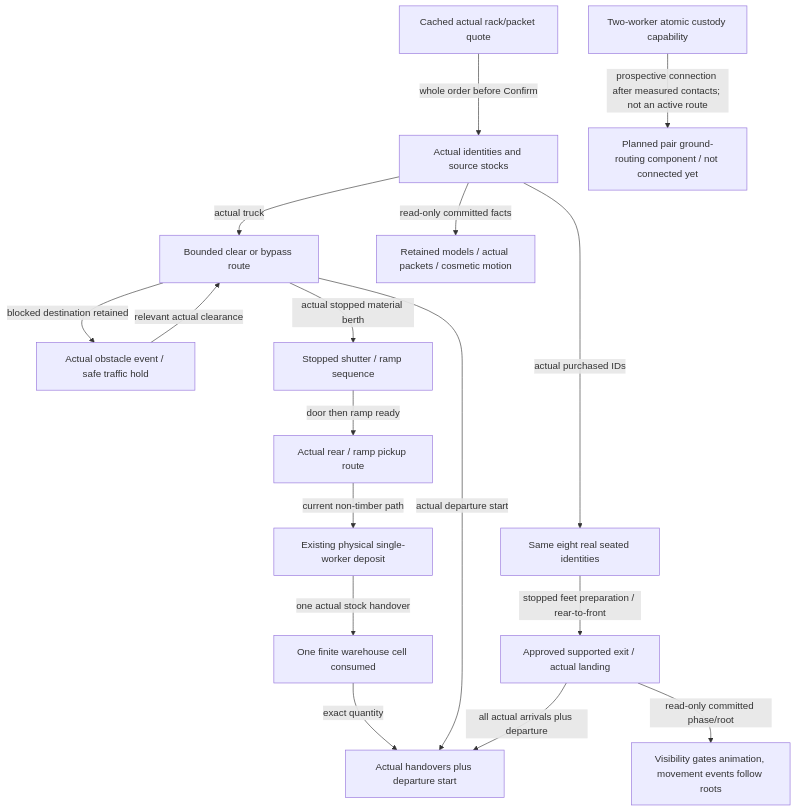
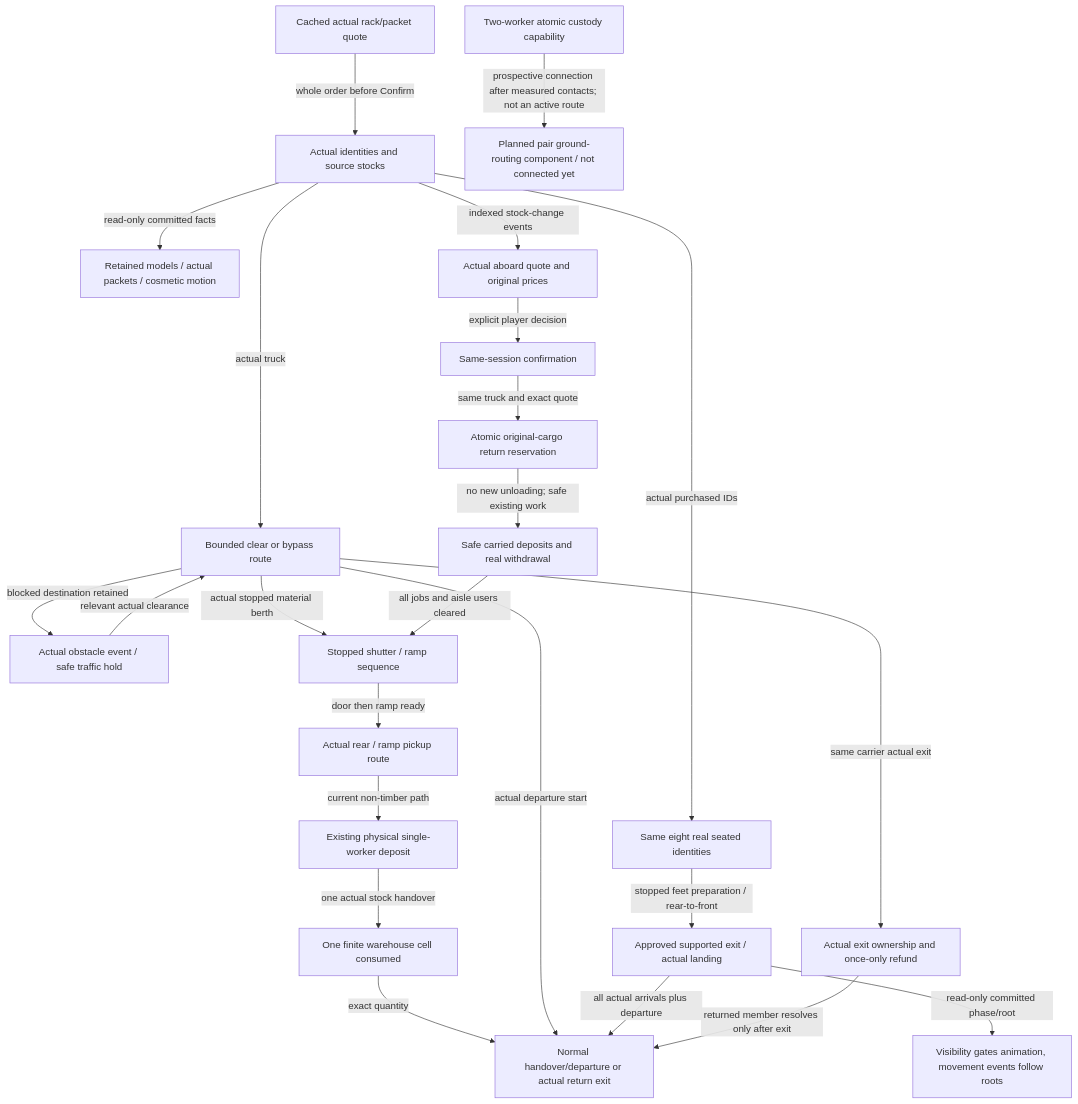
Before and after one commit to TheInfinityIQ/Trencho_V4: diagram 52 of 52 in docs/system_atlas.md, drawn with Mermaid. The commit also changed other lines of this file and 8 other files, not shown here.

Commit message:
Map cargo return ownership, worker withdrawal and delivery controls

````diff
--- a/docs/system_atlas.md
+++ b/docs/system_atlas.md
@@ -1684,34 +1684,46 @@
 ```mermaid
 flowchart TD
     quote["Cached actual rack/packet quote"]
     dispatch["Actual identities and source stocks"]
     road["Bounded clear or bypass route"]
     hold["Actual obstacle event / safe traffic hold"]
     mechanism["Stopped shutter / ramp sequence"]
     access["Actual rear / ramp pickup route"]
     carry["Existing physical single-worker deposit"]
     pair["Two-worker atomic custody capability"]
     deposit["One finite warehouse cell consumed"]
-    gate["Actual handovers plus departure start"]
+    gate["Normal handover/departure or actual return exit"]
     view["Retained models / actual packets / cosmetic motion"]
     seats["Same eight real seated identities"]
     exit["Approved supported exit / actual landing"]
     passenger_view["Visibility gates animation, movement events follow roots"]
     ground_capability["Planned pair ground-routing component / not connected yet"]
+    return_quote["Actual aboard quote and original prices"]
+    return_confirm["Same-session confirmation"]
+    return_lock["Atomic original-cargo return reservation"]
+    return_workers["Safe carried deposits and real withdrawal"]
+    return_exit["Actual exit ownership and once-only refund"]
     quote -->|"whole order before Confirm"| dispatch
     dispatch -->|"actual truck"| road
     road -->|"blocked destination retained"| hold
     hold -->|"relevant actual clearance"| road
     road -->|"actual stopped material berth"| mechanism
     mechanism -->|"door then ramp ready"| access
     access -->|"current non-timber path"| carry
     carry -->|"one actual stock handover"| deposit
     deposit -->|"exact quantity"| gate
     road -->|"actual departure start"| gate
     dispatch -->|"read-only committed facts"| view
     dispatch -->|"actual purchased IDs"| seats
     seats -->|"stopped feet preparation / rear-to-front"| exit
     exit -->|"all actual arrivals plus departure"| gate
     exit -->|"read-only committed phase/root"| passenger_view
     pair -->|"prospective connection after measured contacts; not an active route"| ground_capability
+    dispatch -->|"indexed stock-change events"| return_quote
+    return_quote -->|"explicit player decision"| return_confirm
+    return_confirm -->|"same truck and exact quote"| return_lock
+    return_lock -->|"no new unloading; safe existing work"| return_workers
+    return_workers -->|"all jobs and aisle users cleared"| mechanism
+    road -->|"same carrier actual exit"| return_exit
+    return_exit -->|"returned member resolves only after exit"| gate
 ```
````
